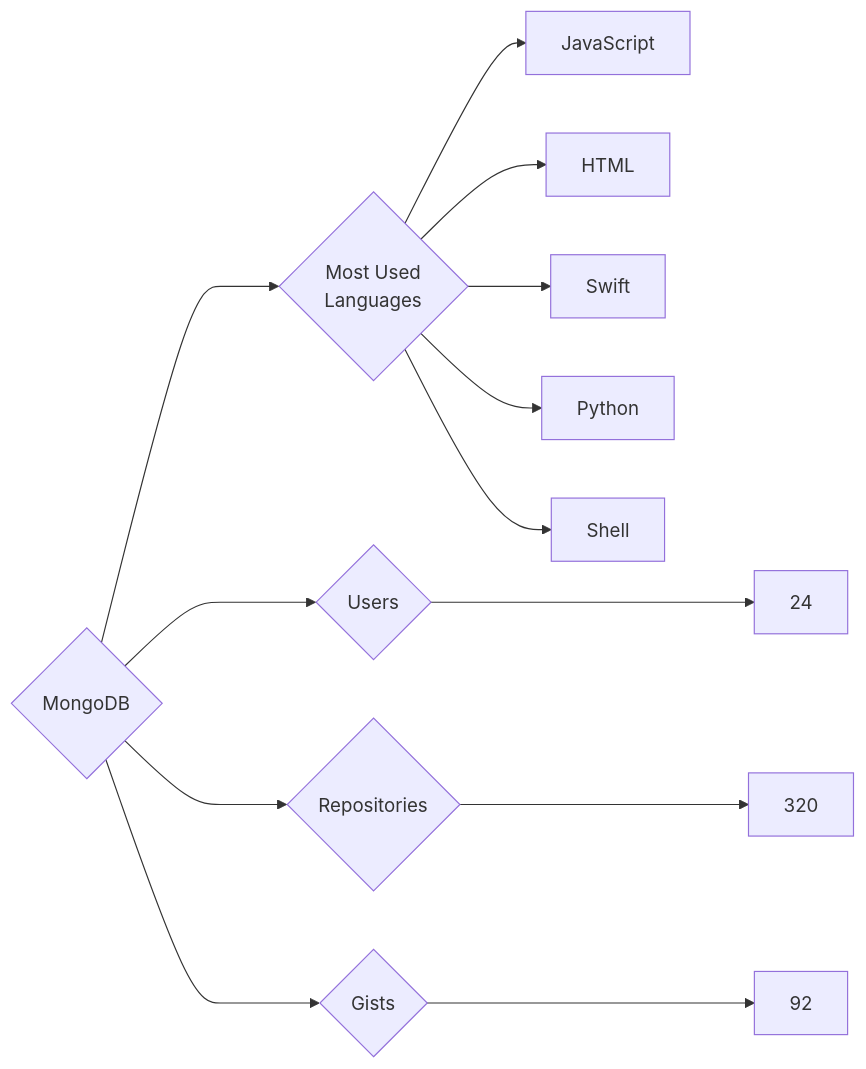
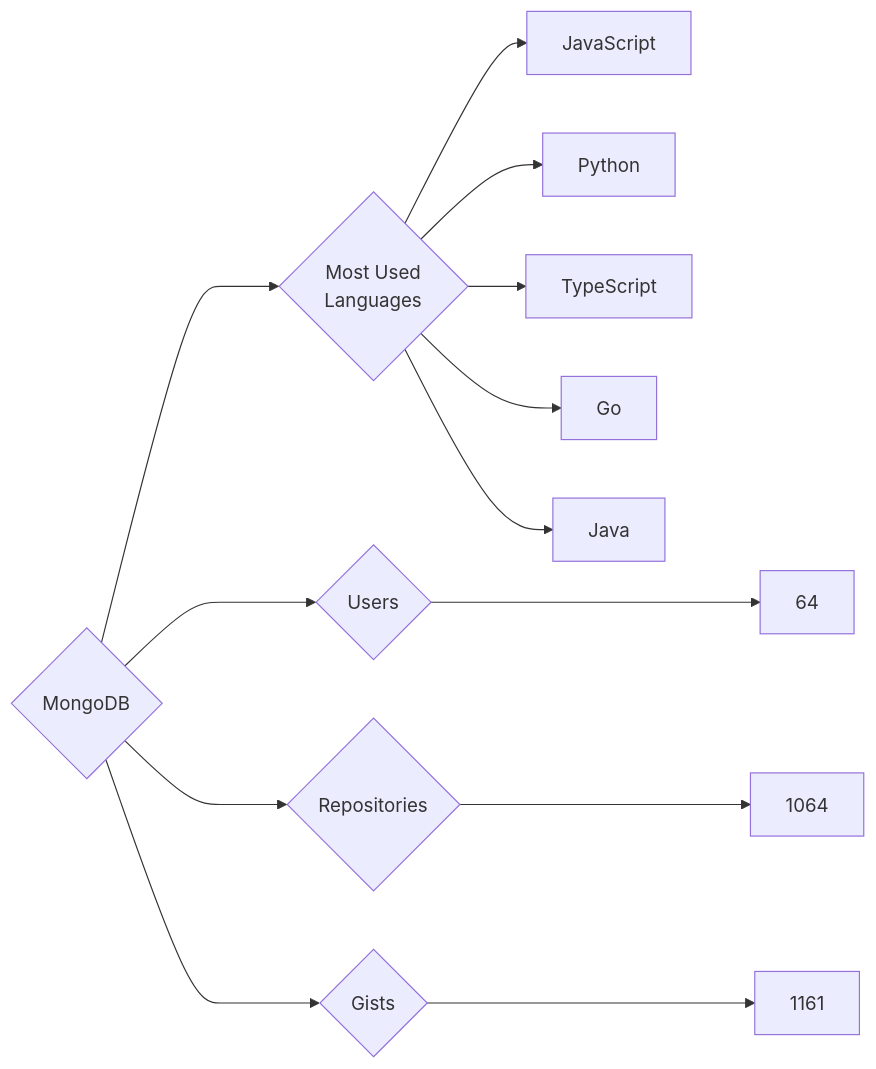
The diagram in targets/MongoDB/README.md (trickest/insiders), drawn with Mermaid before and after one commit. The commit also changed 748 other files, not shown here.

````diff
--- a/targets/MongoDB/README.md
+++ b/targets/MongoDB/README.md
@@ -3,13 +3,13 @@
 ```mermaid
 graph LR
 COMPANY_NAME{MongoDB}
-COMPANY_NAME ---> U{Users} ---> UN[24]
-COMPANY_NAME ---> R{Repositories} ---> RN[320]
-COMPANY_NAME ---> G{Gists} ---> GN[92]
+COMPANY_NAME ---> U{Users} ---> UN[64]
+COMPANY_NAME ---> R{Repositories} ---> RN[1064]
+COMPANY_NAME ---> G{Gists} ---> GN[1161]
 COMPANY_NAME ---> ML{Most Used<br>Languages}
 ML --> JavaScript[JavaScript]
-ML --> HTML[HTML]
-ML --> Swift[Swift]
 ML --> Python[Python]
-ML --> Shell[Shell]
+ML --> TypeScript[TypeScript]
+ML --> Go[Go]
+ML --> Java[Java]
 ```
````
